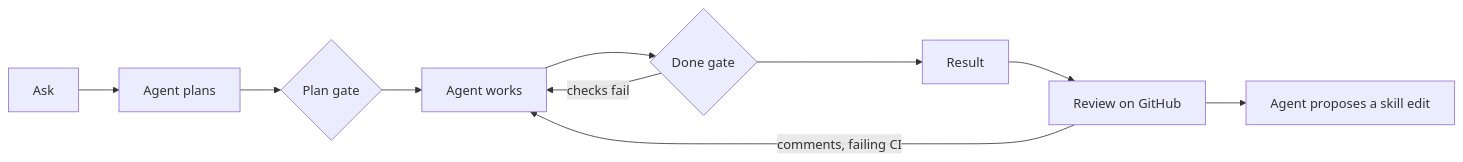
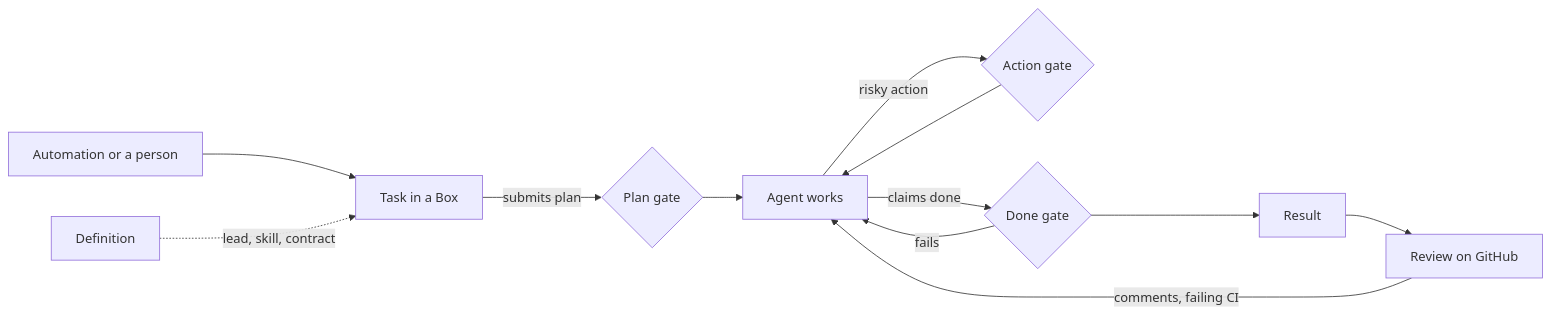
Before and after one commit to IniZio/moor: the second of 4 diagrams in docs/specs/position.md, drawn with Mermaid. The commit also changed other lines of this file, not shown here.

Commit message:
docs(specs): keep the shape of work in a definition repo

````diff
--- a/docs/specs/position.md
+++ b/docs/specs/position.md
@@ -134,12 +192,14 @@
 ```mermaid
 flowchart LR
-	A[Ask] --> PL[Agent plans]
-	PL --> G1{Plan gate}
+	AU[Automation or a person] --> T[Task in a Box]
+	D[Definition] -.->|lead, skill, contract| T
+	T -->|submits plan| G1{Plan gate}
 	G1 --> W[Agent works]
-	W --> G2{Done gate}
-	G2 -->|checks fail| W
-	G2 --> R[Result]
-	R --> RV[Review on GitHub]
+	W -->|risky action| G3{Action gate}
+	G3 --> W
+	W -->|claims done| G2{Done gate}
+	G2 -->|fails| W
+	G2 --> RS[Result]
+	RS --> RV[Review on GitHub]
 	RV -->|comments, failing CI| W
-	RV --> L[Agent proposes a skill edit]
 ```
````
